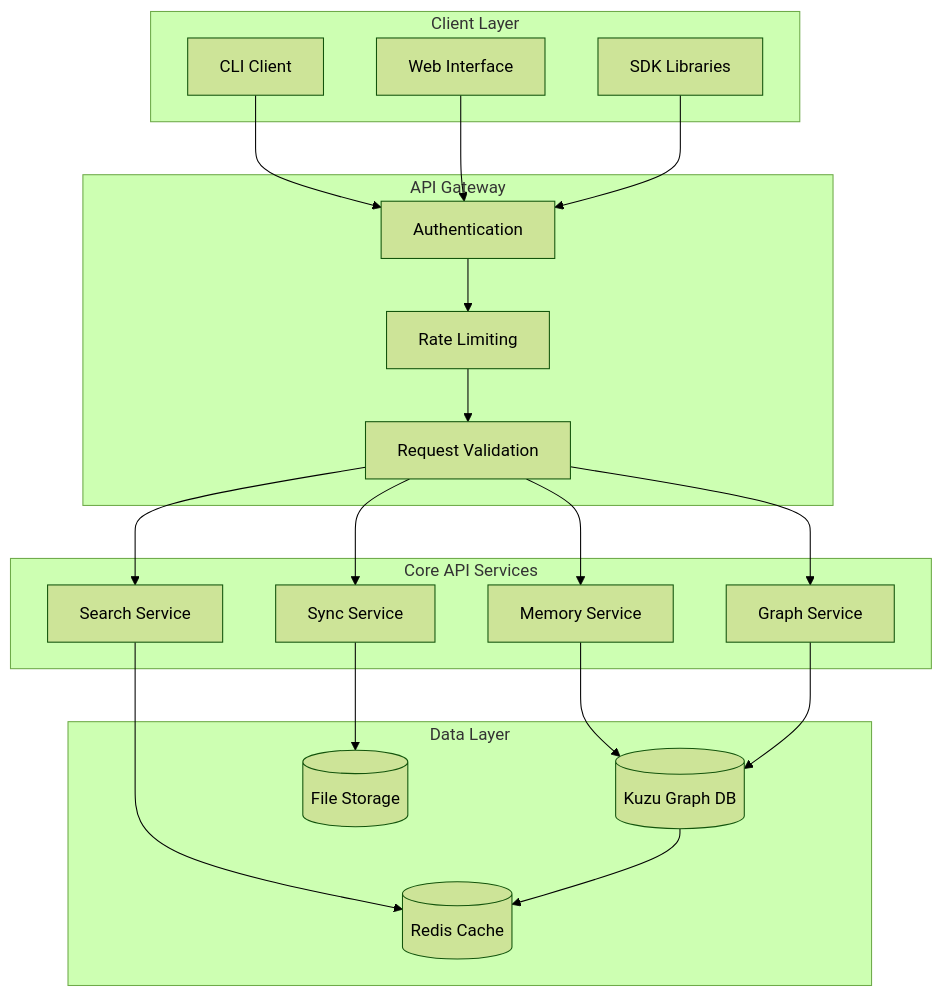
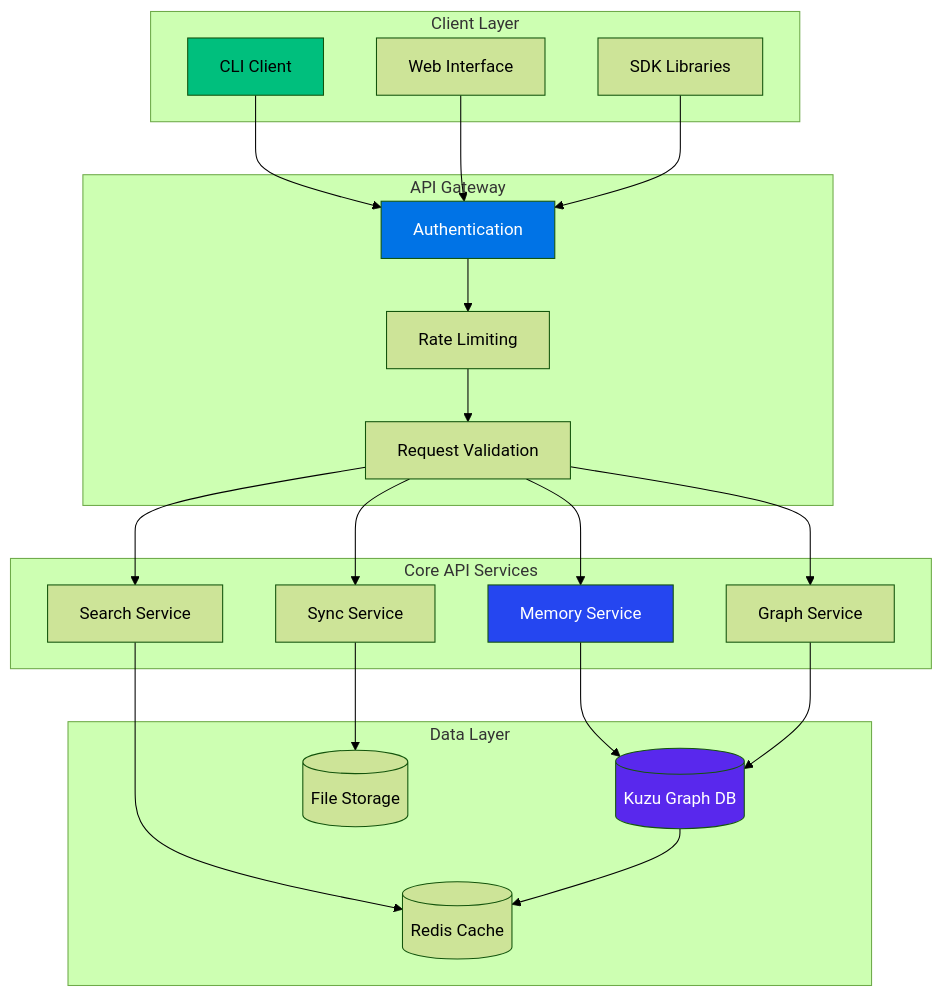
Before and after one commit to elementalcollision/GraphMemory-IDE: the first of 9 diagrams in docs/API_GUIDE.md, drawn with Mermaid (forest theme). The commit also changed other lines of this file and 38 other files, not shown here.

Commit message:
🚀 Major Enhancement: Enterprise Documentation & Color Standardization - Mermaid color palette standardization across all docs, Summary folder organization, professional visual consistency, enterprise-ready documentation standards (38 files modified)

````diff
--- a/docs/API_GUIDE.md
+++ b/docs/API_GUIDE.md
@@ -30,45 +30,50 @@
 ```mermaid
 graph TB
     subgraph "Client Layer"
         CLI[CLI Client]
         WEB[Web Interface]
         SDK[SDK Libraries]
     end
     
     subgraph "API Gateway"
         AUTH[Authentication]
         RATE[Rate Limiting]
         VALID[Request Validation]
     end
     
     subgraph "Core API Services"
         MEMORY[Memory Service]
         GRAPH[Graph Service]
         SEARCH[Search Service]
         SYNC[Sync Service]
     end
     
     subgraph "Data Layer"
         KUZU[(Kuzu Graph DB)]
         CACHE[(Redis Cache)]
         FILES[(File Storage)]
     end
     
     CLI --> AUTH
     WEB --> AUTH
     SDK --> AUTH
     
     AUTH --> RATE
     RATE --> VALID
     VALID --> MEMORY
     VALID --> GRAPH
     VALID --> SEARCH
     VALID --> SYNC
     
     MEMORY --> KUZU
     GRAPH --> KUZU
     SEARCH --> CACHE
     SYNC --> FILES
     
     KUZU --> CACHE
+    
+    style CLI fill:#00bf7d,color:#000000
+    style AUTH fill:#0073e6,color:#ffffff
+    style MEMORY fill:#2546f0,color:#ffffff
+    style KUZU fill:#5928ed,color:#ffffff
 ```
````
